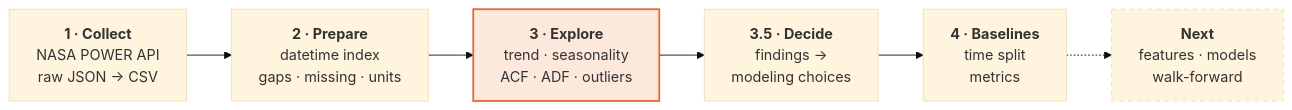
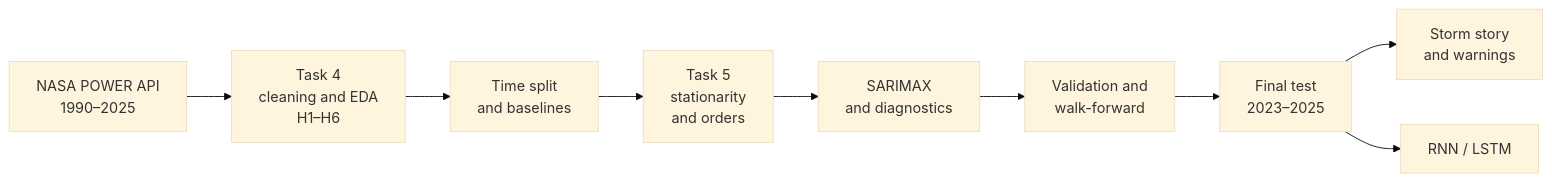
The diagram in README.md (esraa-elgebaly/cairo-storms-and-forecasting), drawn with Mermaid (base theme) before and after one commit. The commit also changed other lines of this file, not shown here.

````diff
--- a/README.md
+++ b/README.md
@@ -72,11 +70,11 @@
 ```mermaid
 flowchart LR
-    A["<b>1 · Collect</b><br/>NASA POWER API<br/>raw JSON → CSV"] --> B["<b>2 · Prepare</b><br/>datetime index<br/>gaps · missing · units"]
-    B --> C["<b>3 · Explore</b><br/>trend · seasonality<br/>ACF · ADF · outliers"]
-    C --> D["<b>3.5 · Decide</b><br/>findings →<br/>modeling choices"]
-    D --> E["<b>4 · Baselines</b><br/>time split<br/>metrics"]
-    E -.-> F["<b>Next</b><br/>features · models<br/>walk-forward"]
-
-    style C fill:#fde8dc,stroke:#e8692f,stroke-width:2px
-    style F stroke-dasharray: 5 5
+    A["NASA POWER API<br/>1990–2025"] --> B["Task 4<br/>cleaning and EDA<br/>H1–H6"]
+    B --> C["Time split<br/>and baselines"]
+    C --> D["Task 5<br/>stationarity<br/>and orders"]
+    D --> E["SARIMAX<br/>and diagnostics"]
+    E --> F["Validation and<br/>walk-forward"]
+    F --> G["Final test<br/>2023–2025"]
+    G --> H["Storm story<br/>and warnings"]
+    G --> I["RNN / LSTM"]
 ```
````
